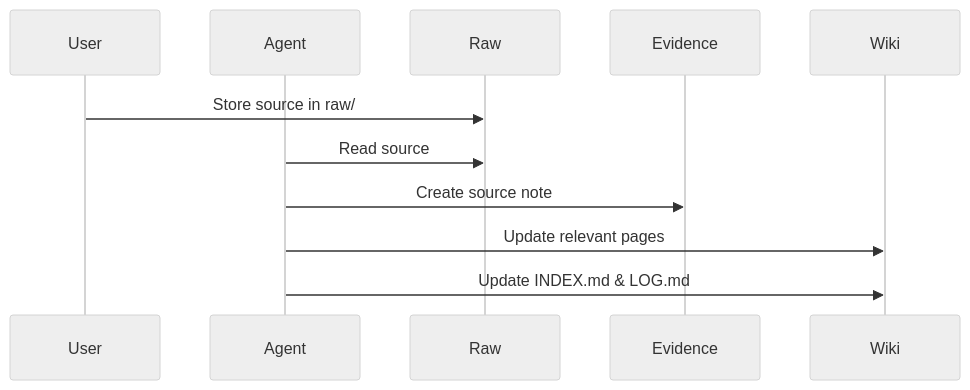
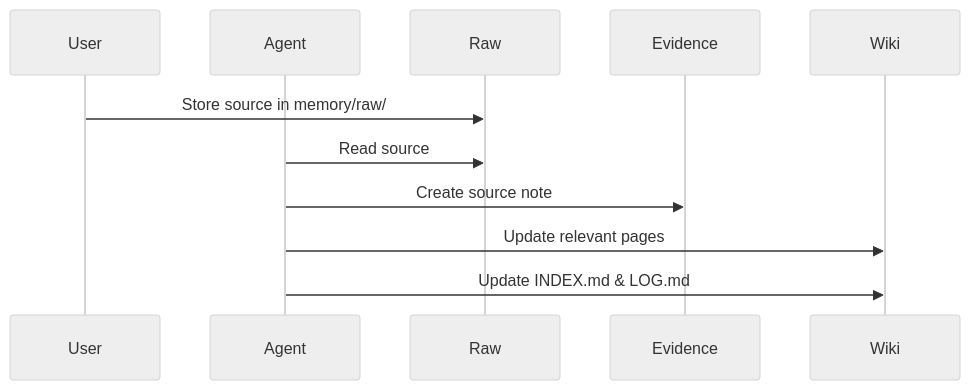
Before and after one commit to latentarts/memoid: the fifth of 6 diagrams in README.md, drawn with Mermaid (neutral theme). The commit also changed other lines of this file and 32 other files, not shown here.

Commit message:
refactor: consolidate all user data (wiki, agents, raw, evidence) into a single 'memory/' directory

````diff
--- a/README.md
+++ b/README.md
@@ -211,14 +206,14 @@
 ```mermaid
 sequenceDiagram
     participant User
     participant Agent
     participant Raw
     participant Evidence
     participant Wiki
     
-    User->>Raw: Store source in raw/
+    User->>Raw: Store source in memory/raw/
     Agent->>Raw: Read source
     Agent->>Evidence: Create source note
     Agent->>Wiki: Update relevant pages
     Agent->>Wiki: Update INDEX.md & LOG.md
 ```
````
